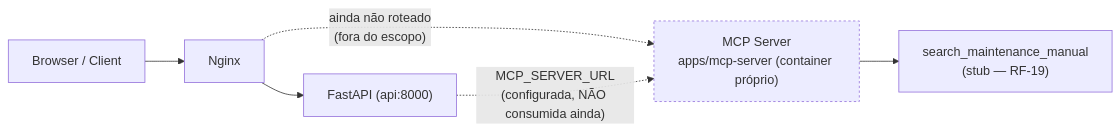
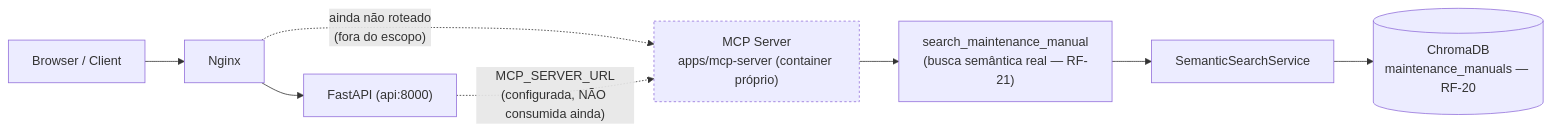
One commit to RaphaelOkuyama/projeto-tcc changed the fourth of 7 diagrams in README.md. Above: the diagram before and after it, drawn with Mermaid. The commit also changed other lines of this file and 6 other files, not shown here.

First line of the commit message:
feat: connect search_maintenance_manual to real semantic search

````diff
--- a/README.md
+++ b/README.md
@@ -495,11 +495,13 @@
 ```mermaid
 flowchart LR
     C["Browser / Client"] --> N["Nginx"]
     N --> API["FastAPI (api:8000)"]
     N -.->|"ainda não roteado<br/>(fora do escopo)"| MCP
 
     API -.->|"MCP_SERVER_URL<br/>(configurada, NÃO consumida ainda)"| MCP["MCP Server<br/>apps/mcp-server (container próprio)"]
-    MCP --> TOOL["search_maintenance_manual<br/>(stub — RF-19)"]
+    MCP --> TOOL["search_maintenance_manual<br/>(busca semântica real — RF-21)"]
+    TOOL --> SVC["SemanticSearchService"]
+    SVC --> CHROMA[("ChromaDB<br/>maintenance_manuals — RF-20")]
 
     style MCP stroke-dasharray: 3 3
 ```
````
